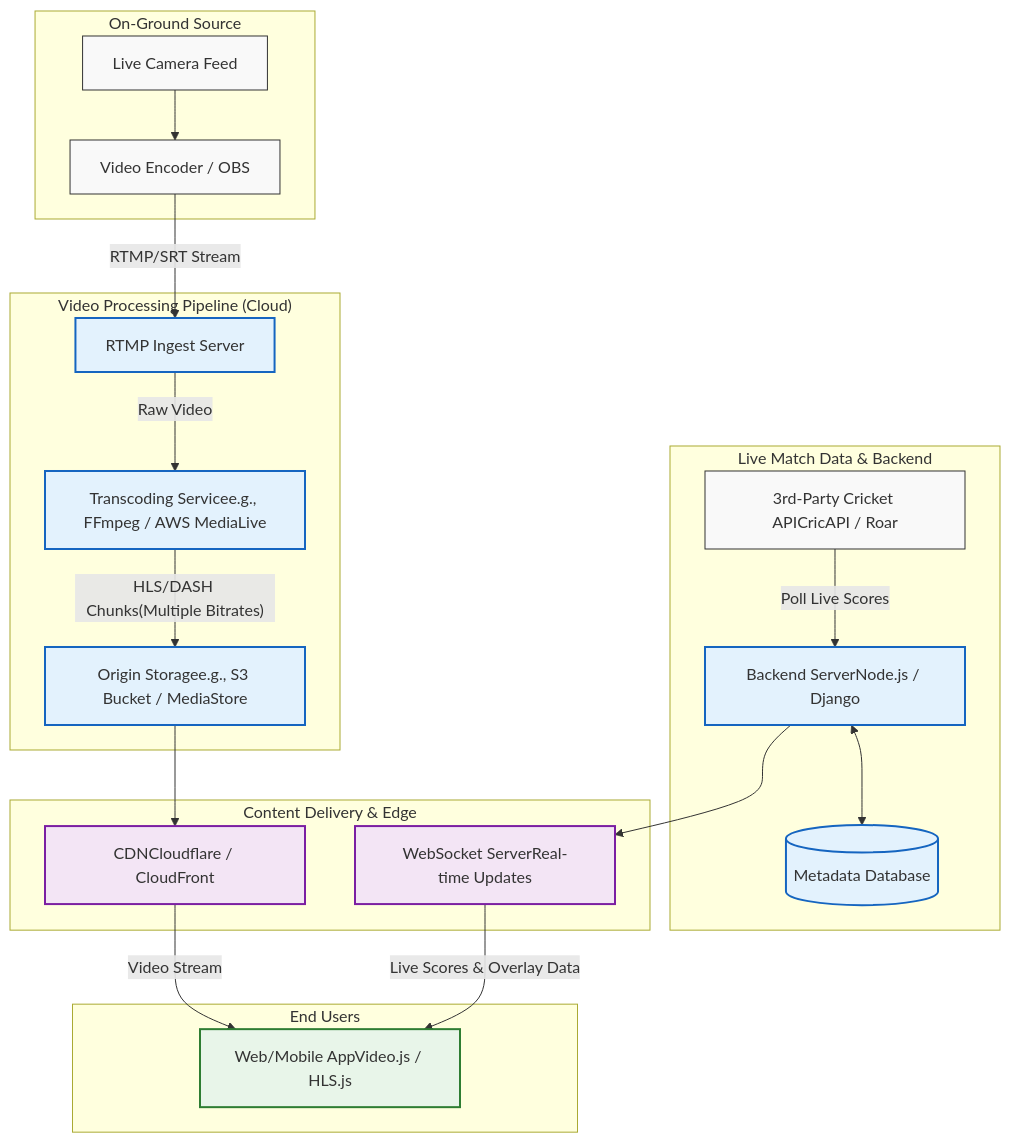
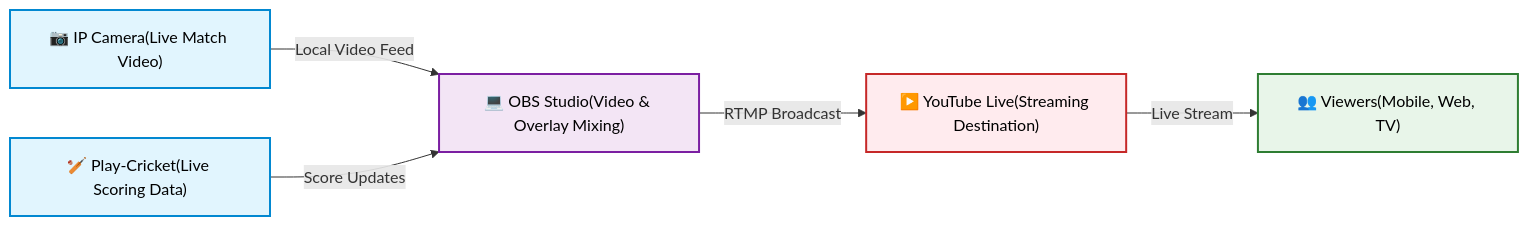
One commit to raghubhaskar/Cricket-Live-Streaming changed the diagram in README.md. Above: the diagram before and after it, drawn with Mermaid. The commit also changed other lines of this file, not shown here.

Commit message:
Revise architecture diagram in README
Updated architecture diagram and improved formatting.

````diff
--- a/README.md
+++ b/README.md
@@ -71,52 +71,21 @@
 ```mermaid
-flowchart TB
+flowchart LR
     %% Styling
-    classDef default fill:#f9f9f9,stroke:#333,stroke-width:1px;
-    classDef cloud fill:#e3f2fd,stroke:#1565c0,stroke-width:2px;
-    classDef edge fill:#f3e5f5,stroke:#7b1fa2,stroke-width:2px;
-    classDef user fill:#e8f5e9,stroke:#2e7d32,stroke-width:2px;
+    classDef hardware fill:#e1f5fe,stroke:#0288d1,stroke-width:2px,color:#000;
+    classDef software fill:#f3e5f5,stroke:#7b1fa2,stroke-width:2px,color:#000;
+    classDef platform fill:#ffebee,stroke:#c62828,stroke-width:2px,color:#000;
+    classDef audience fill:#e8f5e9,stroke:#2e7d32,stroke-width:2px,color:#000;
 
-    subgraph "On-Ground Source"
-        Cam[Live Camera Feed]
-        Enc[Video Encoder / OBS]
-        Cam --> Enc
-    end
+    %% Nodes
+    Cam["📷 IP Camera(Live Match Video)"]:::hardware
+    Data["🏏 Play-Cricket(Live Scoring Data)"]:::hardware
+    OBS["💻 OBS Studio(Video & Overlay Mixing)"]:::software
+    YT["▶️ YouTube Live(Streaming Destination)"]:::platform
+    Viewers["👥 Viewers(Mobile, Web, TV)"]:::audience
 
-    subgraph "Video Processing Pipeline (Cloud)"
-        Ingest[RTMP Ingest Server]
-        Transcoder[Transcoding Servicee.g., FFmpeg / AWS MediaLive]
-        Origin[Origin Storagee.g., S3 Bucket / MediaStore]
-        
-        Enc -- "RTMP/SRT Stream" --> Ingest
-        Ingest -- "Raw Video" --> Transcoder
-        Transcoder -- "HLS/DASH Chunks(Multiple Bitrates)" --> Origin
-    end
-    class Ingest,Transcoder,Origin cloud;
-
-    subgraph "Live Match Data & Backend"
-        ScoreAPI[3rd-Party Cricket APICricAPI / Roar]
-        DB[(Metadata Database)]
-        API[Backend ServerNode.js / Django]
-        
-        ScoreAPI -- "Poll Live Scores" --> API
-        API <--> DB
-    end
-    class API,DB cloud;
-
-    subgraph "Content Delivery & Edge"
-        CDN[CDNCloudflare / CloudFront]
-        WSS[WebSocket ServerReal-time Updates]
-        
-        Origin --> CDN
-        API --> WSS
-    end
-    class CDN,WSS edge;
-
-    subgraph "End Users"
-        Player[Web/Mobile AppVideo.js / HLS.js]
-        
-        CDN -- "Video Stream" --> Player
-        WSS -- "Live Scores & Overlay Data" --> Player
-    end
-    class Player user;
+    %% Connections
+    Cam -- "Local Video Feed" --> OBS
+    Data -- "Score Updates" --> OBS
+    OBS -- "RTMP Broadcast" --> YT
+    YT -- "Live Stream" --> Viewers
 ```
````
